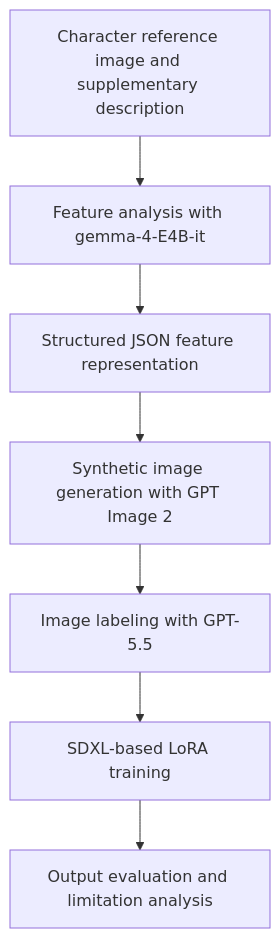
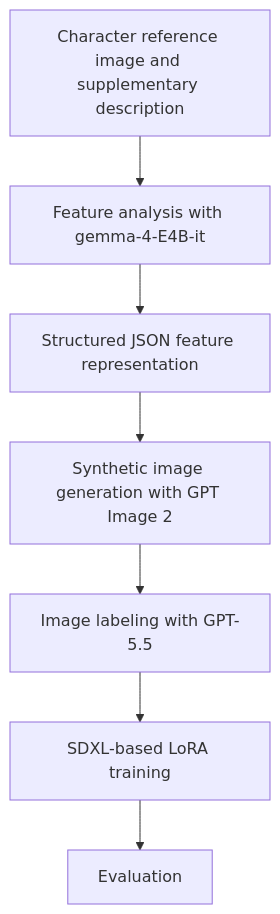
The first of 2 diagrams in README.md (BackGwa/Character-LoRA), drawn with Mermaid before and after one commit. The commit also changed other lines of this file, not shown here.

````diff
--- a/README.md
+++ b/README.md
@@ -42,9 +42,9 @@
 ```mermaid
 flowchart TD
     A[Character reference image and supplementary description] --> B[Feature analysis with gemma-4-E4B-it]
     B --> C[Structured JSON feature representation]
     C --> D[Synthetic image generation with GPT Image 2]
     D --> E[Image labeling with GPT-5.5]
     E --> F[SDXL-based LoRA training]
-    F --> G[Output evaluation and limitation analysis]
+    F --> G[Evaluation]
 ```
````
